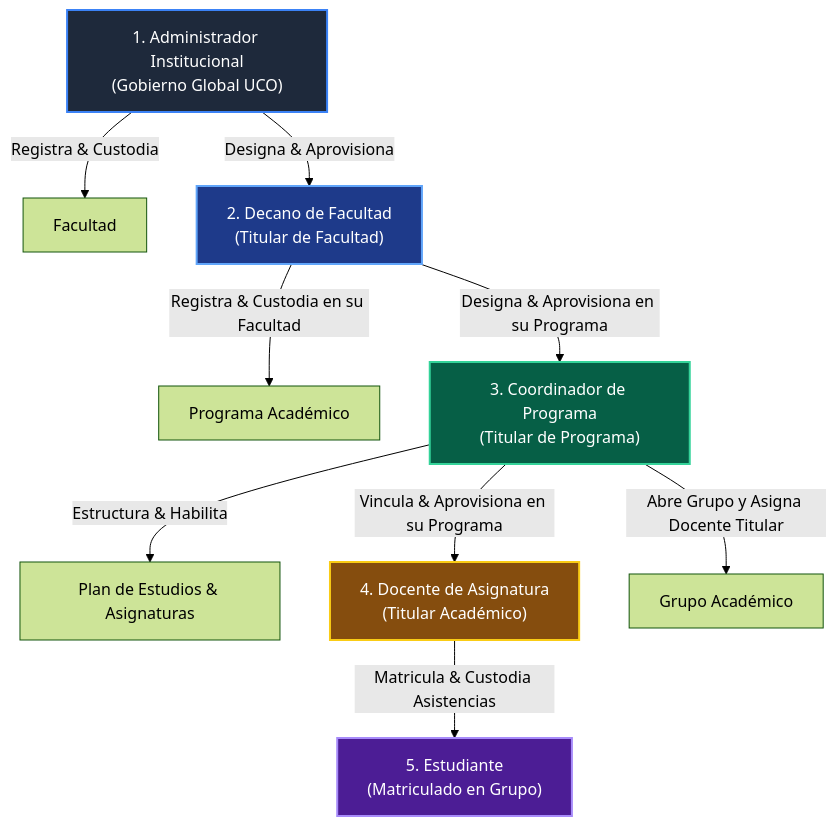
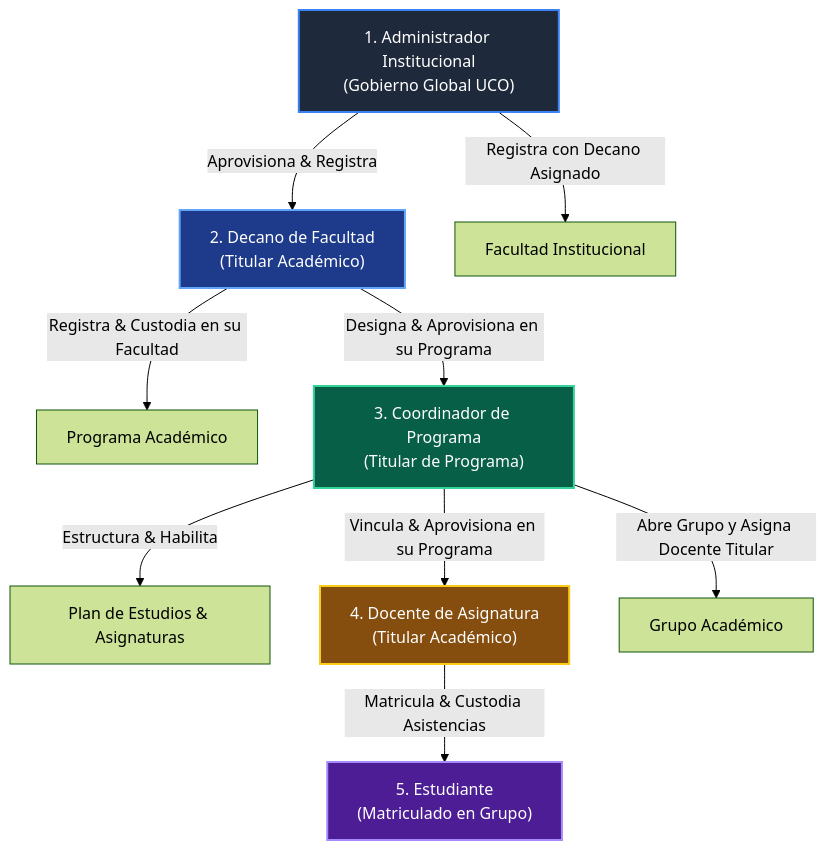
One commit to AsistenciasUCO/AsistenciasUCO-Infra changed the diagram in docs/user-stories/HOJA_DE_RUTA_JERARQUIA_ROLES.md. Above: the diagram before and after it, drawn with Mermaid (forest theme). The commit also changed other lines of this file and 17 other files, not shown here.

First line of the commit message:
docs(jerarquia): reordenar precedencia decano-facultad e incorporar lecciones aprendidas en guia metodica (HU116)

````diff
--- a/docs/user-stories/HOJA_DE_RUTA_JERARQUIA_ROLES.md
+++ b/docs/user-stories/HOJA_DE_RUTA_JERARQUIA_ROLES.md
@@ -12,17 +12,17 @@
 ```mermaid
 flowchart TD
-    Admin["1. Administrador Institucional<br/>(Gobierno Global UCO)"] -->|"Registra & Custodia"| Fac["Facultad"]
-    Admin -->|"Designa & Aprovisiona"| Dec["2. Decano de Facultad<br/>(Titular de Facultad)"]
+    Admin["1. Administrador Institucional<br/>(Gobierno Global UCO)"] -->|"Aprovisiona & Registra"| Dec["2. Decano de Facultad<br/>(Titular Académico)"]
+    Admin -->|"Registra con Decano Asignado"| Fac["Facultad Institucional"]
     Dec -->|"Registra & Custodia en su Facultad"| Prog["Programa Académico"]
     Dec -->|"Designa & Aprovisiona en su Programa"| Coord["3. Coordinador de Programa<br/>(Titular de Programa)"]
     Coord -->|"Estructura & Habilita"| Plan["Plan de Estudios & Asignaturas"]
     Coord -->|"Vincula & Aprovisiona en su Programa"| Doc["4. Docente de Asignatura<br/>(Titular Académico)"]
     Coord -->|"Abre Grupo y Asigna Docente Titular"| Grp["Grupo Académico"]
     Doc -->|"Matricula & Custodia Asistencias"| Est["5. Estudiante<br/>(Matriculado en Grupo)"]
 
     style Admin fill:#1e293b,stroke:#3b82f6,stroke-width:2px,color:#fff
     style Dec fill:#1e3a8a,stroke:#60a5fa,stroke-width:2px,color:#fff
     style Coord fill:#065f46,stroke:#34d399,stroke-width:2px,color:#fff
     style Doc fill:#854d0e,stroke:#facc15,stroke-width:2px,color:#fff
     style Est fill:#4c1d95,stroke:#a78bfa,stroke-width:2px,color:#fff
 ```
````
